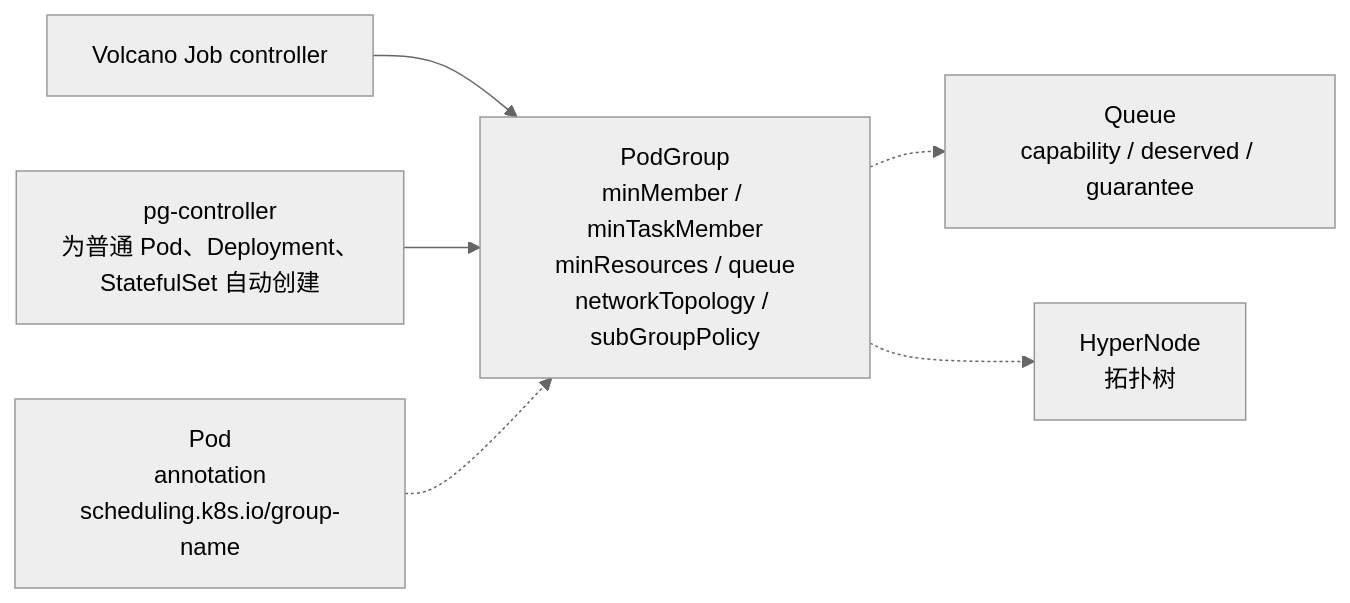
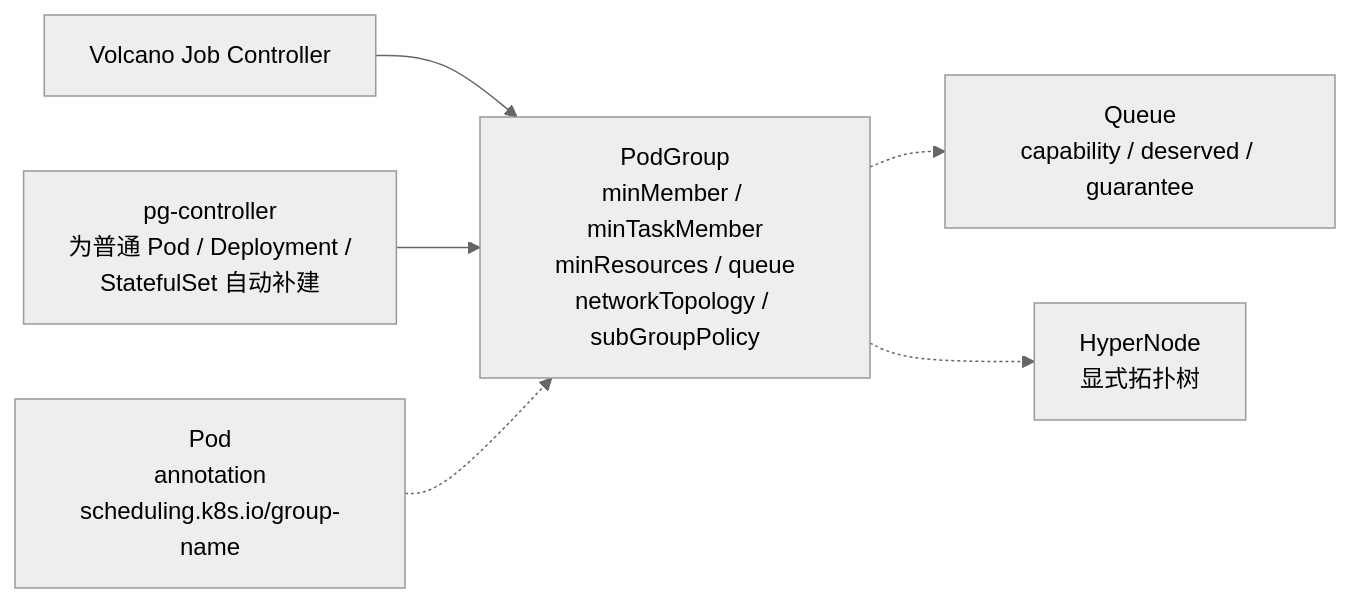
One commit to JesseStutler/volcano changed the fifth of 15 diagrams in docs/research/k8s-workload-aware-scheduling-vs-volcano-cn.md. Above: the diagram before and after it, drawn with Mermaid (neutral theme). The commit also changed other lines of this file and 1 other file, not shown here.

First line of the commit message:
docs: improve readability of upstream PodGroup vs Volcano report

````diff
--- a/docs/research/k8s-workload-aware-scheduling-vs-volcano-cn.md
+++ b/docs/research/k8s-workload-aware-scheduling-vs-volcano-cn.md
@@ -281,15 +207,15 @@
 ```mermaid
 flowchart LR
-    VJ["Volcano Job controller"]
-    PGC["pg-controller<br/>为普通 Pod、Deployment、<br/>StatefulSet 自动创建"]
+    VJ["Volcano Job Controller"]
+    PGC["pg-controller<br/>为普通 Pod / Deployment /<br/>StatefulSet 自动补建"]
     VPod["Pod<br/>annotation<br/>scheduling.k8s.io/group-name"]
     VPG["PodGroup<br/>minMember / minTaskMember<br/>minResources / queue<br/>networkTopology / subGroupPolicy"]
     Qu["Queue<br/>capability / deserved / guarantee"]
-    HN["HyperNode<br/>拓扑树"]
+    HN["HyperNode<br/>显式拓扑树"]
 
     VJ --> VPG
     PGC --> VPG
     VPod -.-> VPG
     VPG -.-> Qu
     VPG -.-> HN
 ```
````
